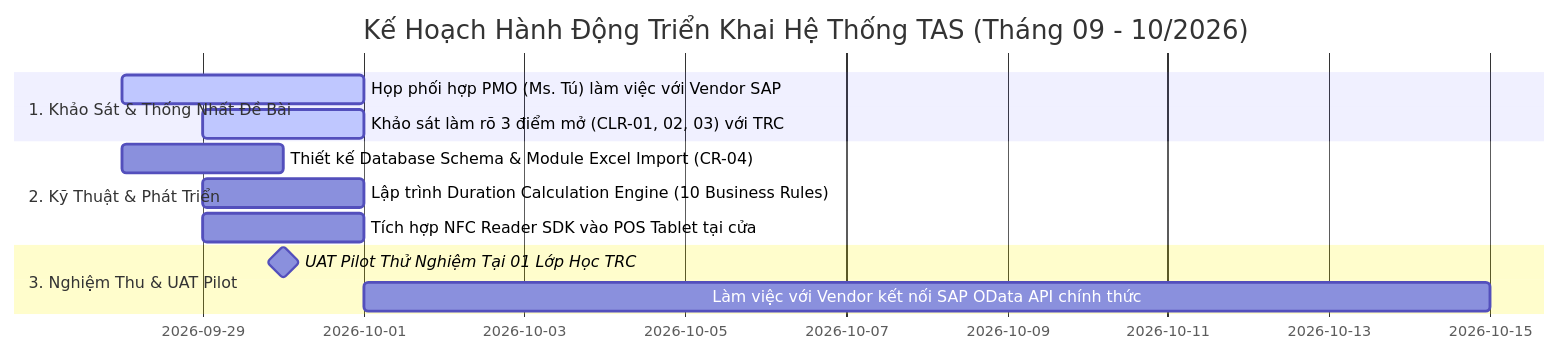
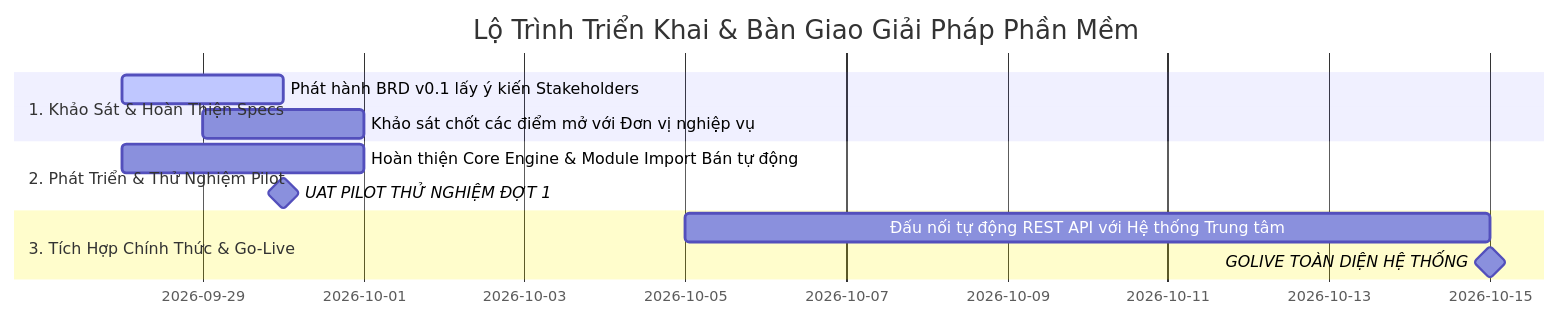
The third of 3 diagrams in docs/templates/template_brd_standard.md (silverdoejoker/ba-zone), drawn with Mermaid before and after one commit. The commit also changed other lines of this file, not shown here.

Commit message:
docs: add standard BRD template

````diff
--- a/docs/templates/template_brd_standard.md
+++ b/docs/templates/template_brd_standard.md
@@ -211,15 +278,14 @@
 ```mermaid
 gantt
-    title Kế Hoạch Hành Động Triển Khai Hệ Thống TAS (Tháng 09 - 10/2026)
+    title Lộ Trình Triển Khai & Bàn Giao Giải Pháp Phần Mềm
     dateFormat  YYYY-MM-DD
-    section 1. Khảo Sát & Thống Nhất Đề Bài
-    Họp phối hợp PMO (Ms. Tú) làm việc với Vendor SAP      :active, a1, 2026-09-28, 3d
-    Khảo sát làm rõ 3 điểm mở (CLR-01, 02, 03) với TRC     :active, a2, 2026-09-29, 2d
-    section 2. Kỹ Thuật & Phát Triển
-    Thiết kế Database Schema & Module Excel Import (CR-04)  :p1, 2026-09-28, 2d
-    Lập trình Duration Calculation Engine (10 Business Rules):p2, 2026-09-29, 2d
-    Tích hợp NFC Reader SDK vào POS Tablet tại cửa          :p3, 2026-09-29, 2d
-    section 3. Nghiệm Thu & UAT Pilot
-    UAT Pilot Thử Nghiệm Tại 01 Lớp Học TRC                :milestone, m1, 2026-09-30, 0d
-    Làm việc với Vendor kết nối SAP OData API chính thức    :p4, 2026-10-01, 14d
+    section 1. Khảo Sát & Hoàn Thiện Specs
+    Phát hành BRD v0.1 lấy ý kiến Stakeholders       :active, t1, 2026-09-28, 2d
+    Khảo sát chốt các điểm mở với Đơn vị nghiệp vụ  :t2, 2026-09-29, 2d
+    section 2. Phát Triển & Thử Nghiệm Pilot
+    Hoàn thiện Core Engine & Module Import Bán tự động :p1, 2026-09-28, 3d
+    UAT PILOT THỬ NGHIỆM ĐỢT 1                         :milestone, m1, 2026-09-30, 0d
+    section 3. Tích Hợp Chính Thức & Go-Live
+    Đấu nối tự động REST API với Hệ thống Trung tâm    :p2, 2026-10-05, 10d
+    GOLIVE TOÀN DIỆN HỆ THỐNG                          :milestone, m2, 2026-10-15, 0d
 ```
````
